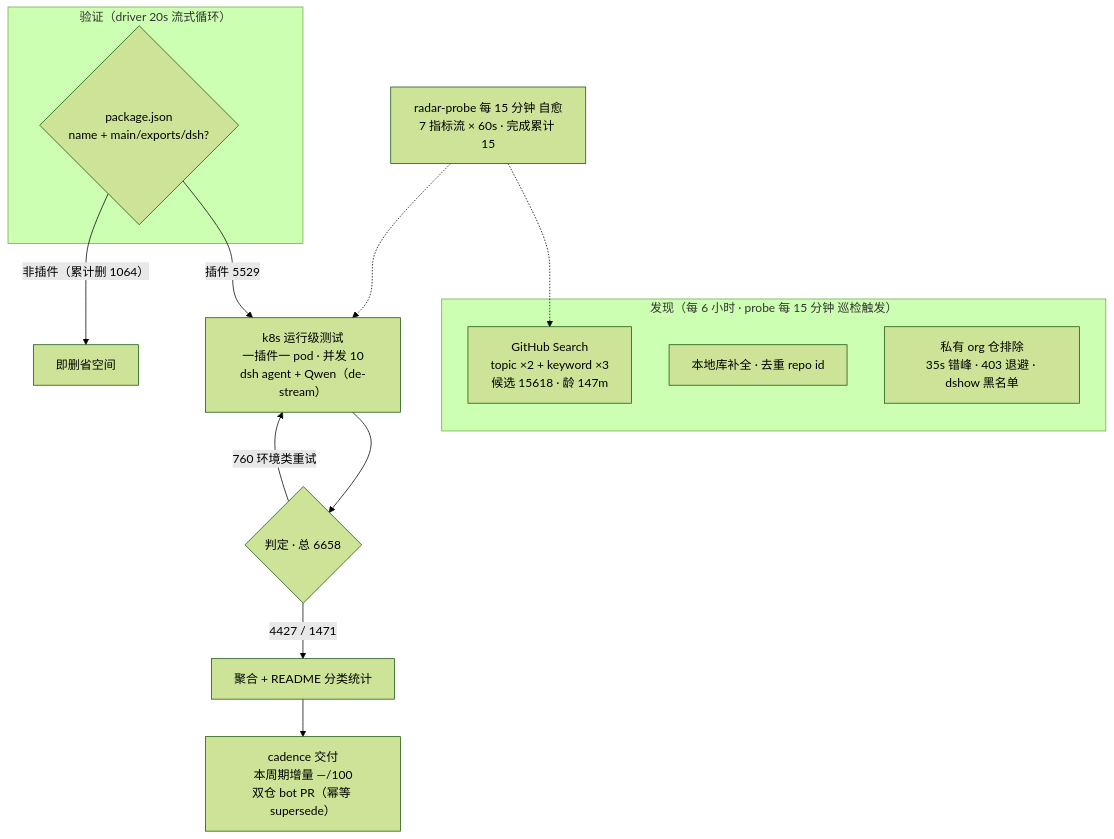
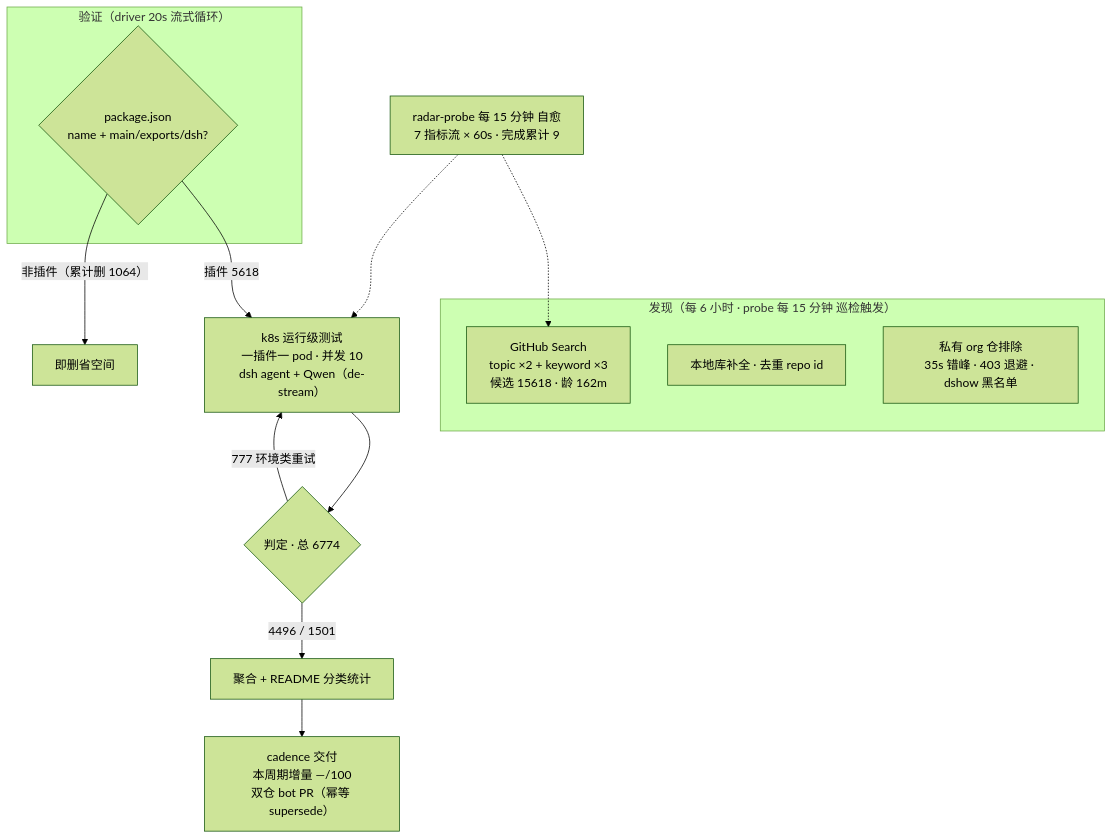
The diagram in README.md (Zhidao-Lab-OSS/awesome-dsh-plugins), drawn with Mermaid (forest theme) before and after one commit. The commit also changed other lines of this file and 1 other file, not shown here.

````diff
--- a/README.md
+++ b/README.md
@@ -37,20 +37,20 @@
 ```mermaid
 flowchart TB
     subgraph Discovery["发现（每 6 小时 · probe 每 15 分钟 巡检触发）"]
-        A1["GitHub Search<br/>topic ×2 + keyword ×3<br/>候选 15618 · 龄 147m"]
+        A1["GitHub Search<br/>topic ×2 + keyword ×3<br/>候选 15618 · 龄 162m"]
         A2["本地库补全 · 去重 repo id"]
         A3["私有 org 仓排除<br/>35s 错峰 · 403 退避 · dshow 黑名单"]
     end
     subgraph Validation["验证（driver 20s 流式循环）"]
         B1{"package.json<br/>name + main/exports/dsh?"}
     end
-    B1 -->|"插件 5529"| C1["k8s 运行级测试<br/>一插件一 pod · 并发 10<br/>dsh agent + Qwen（de-stream）"]
+    B1 -->|"插件 5618"| C1["k8s 运行级测试<br/>一插件一 pod · 并发 10<br/>dsh agent + Qwen（de-stream）"]
     B1 -->|"非插件（累计删 1064）"| B3["即删省空间"]
-    C1 --> D1{"判定 · 总 6658"}
-    D1 -->|"4427 / 1471"| E1["聚合 + README 分类统计"]
-    D1 -->|"760 环境类重试"| C1
+    C1 --> D1{"判定 · 总 6774"}
+    D1 -->|"4496 / 1501"| E1["聚合 + README 分类统计"]
+    D1 -->|"777 环境类重试"| C1
     E1 --> E2["cadence 交付<br/>本周期增量 —/100<br/>双仓 bot PR（幂等 supersede）"]
-    M["radar-probe 每 15 分钟 自愈<br/>7 指标流 × 60s · 完成累计 15"]
+    M["radar-probe 每 15 分钟 自愈<br/>7 指标流 × 60s · 完成累计 9"]
     M -.-> A1
     M -.-> C1
 ```
````
